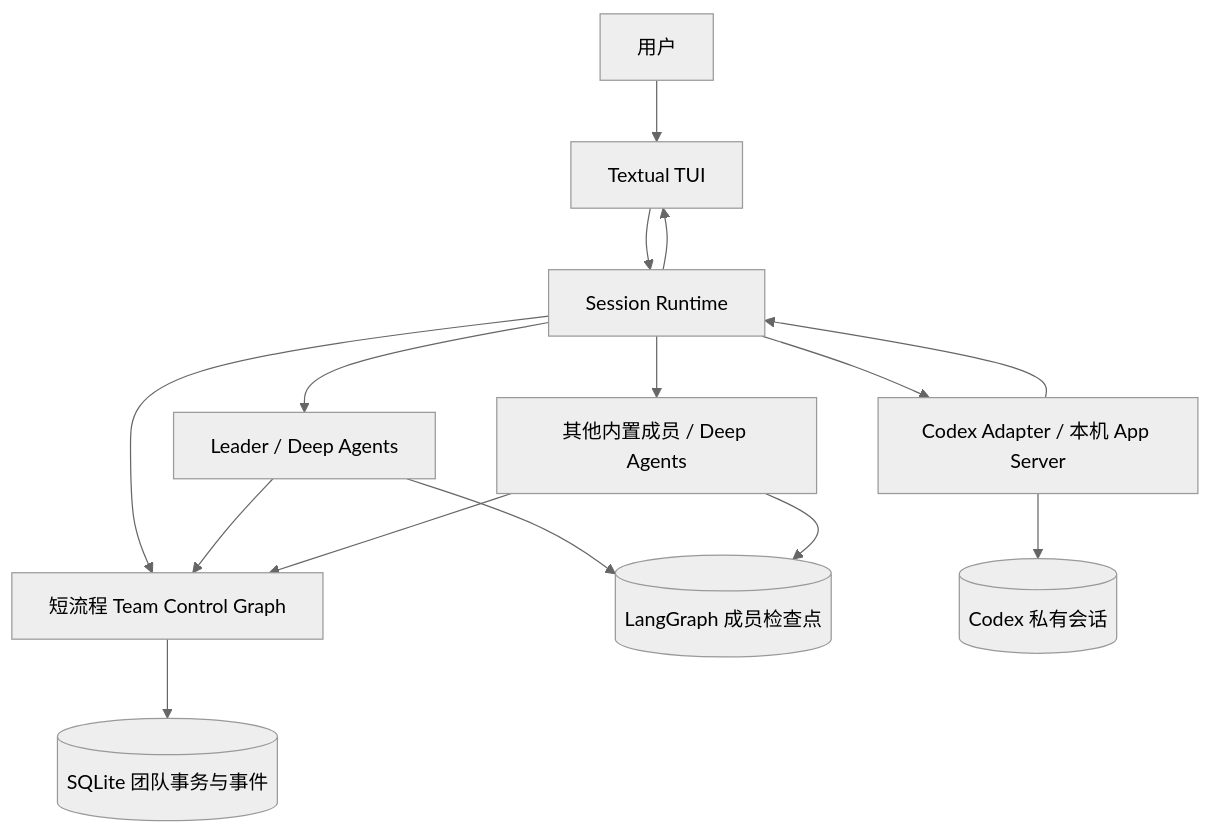
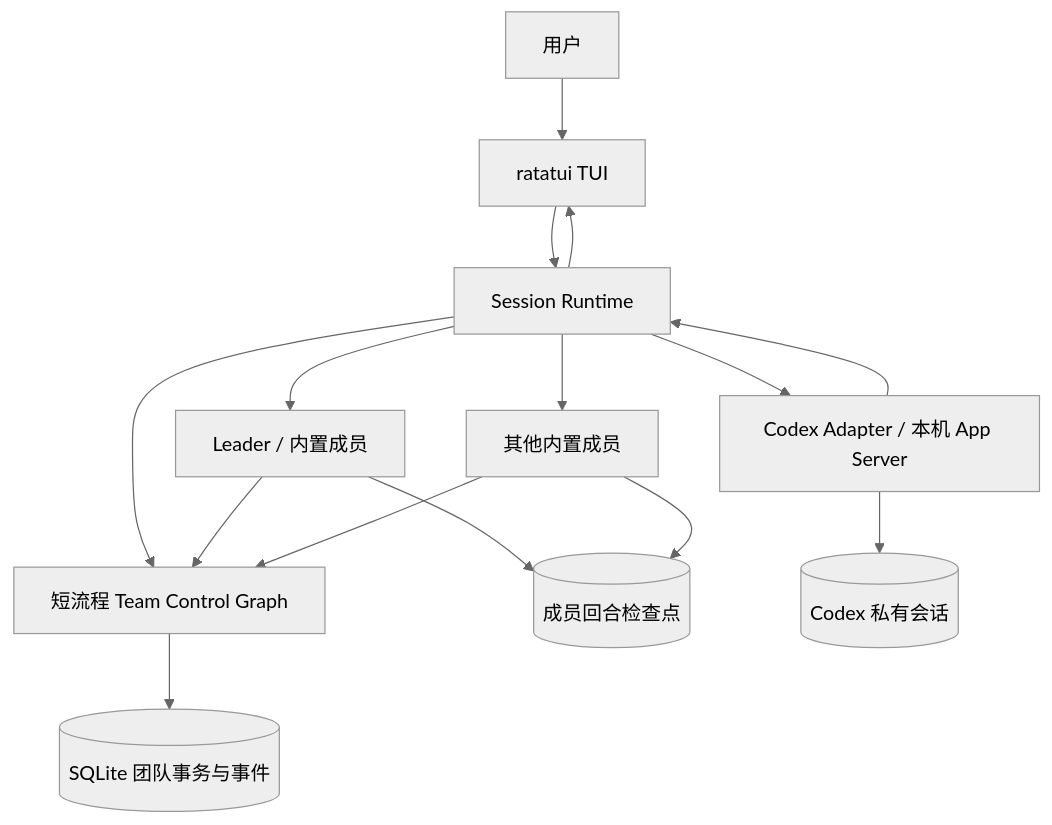
The diagram in TeamAgents-Implementation-Plan.zh-CN.md (seek-hope/TeamAgents), drawn with Mermaid (neutral theme) before and after one commit. The commit also changed other lines of this file and 56 other files, not shown here.

````diff
--- a/TeamAgents-Implementation-Plan.zh-CN.md
+++ b/TeamAgents-Implementation-Plan.zh-CN.md
@@ -83,17 +81,17 @@
 ```mermaid
 flowchart TD
-    U[用户] --> UI[Textual TUI]
+    U[用户] --> UI[ratatui TUI]
     UI --> R[Session Runtime]
     R --> C[短流程 Team Control Graph]
     C --> DB[(SQLite 团队事务与事件)]
-    R --> L[Leader / Deep Agents]
-    R --> A[其他内置成员 / Deep Agents]
+    R --> L[Leader / 内置成员]
+    R --> A[其他内置成员]
     R --> X[Codex Adapter / 本机 App Server]
-    L --> CP[(LangGraph 成员检查点)]
+    L --> CP[(成员回合检查点)]
     A --> CP
     X --> CX[(Codex 私有会话)]
     L --> C
     A --> C
     X --> R
     R --> UI
 ```
````
